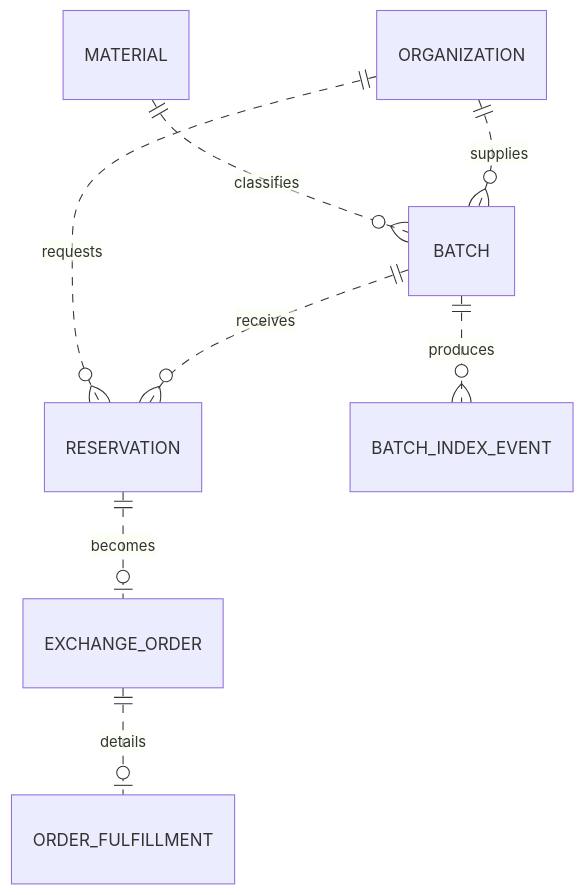
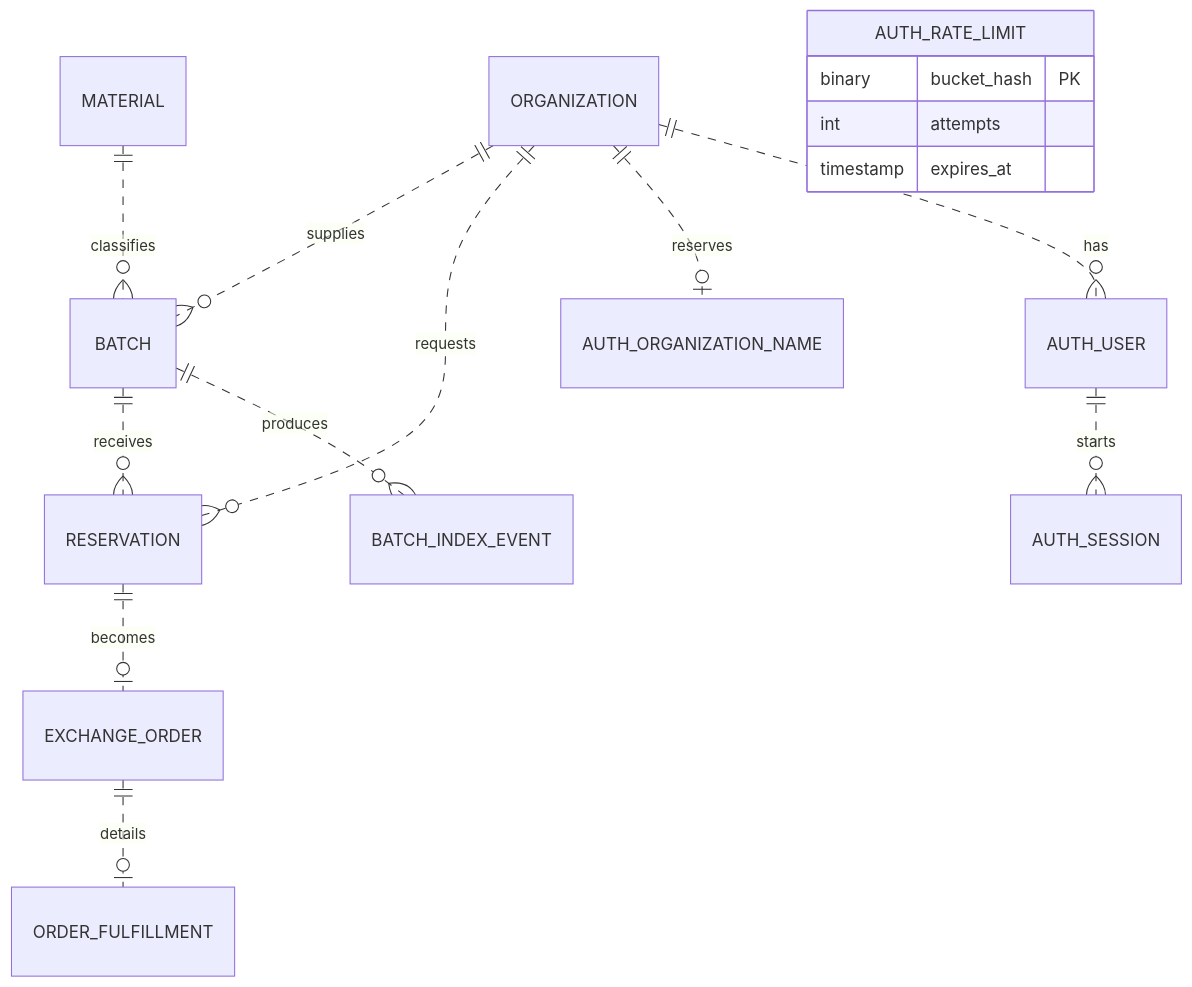
One commit to maddox095/DBMS-Project changed the diagram in docs/data-model-and-interfaces.md. Above: the diagram before and after it, drawn with Mermaid. The commit also changed other lines of this file and 59 other files, not shown here.

````diff
--- a/docs/data-model-and-interfaces.md
+++ b/docs/data-model-and-interfaces.md
@@ -9,10 +9,18 @@
 ```mermaid
 erDiagram
     ORGANIZATION ||..o{ BATCH : supplies
     MATERIAL ||..o{ BATCH : classifies
     BATCH ||..o{ RESERVATION : receives
     ORGANIZATION ||..o{ RESERVATION : requests
     RESERVATION ||..o| EXCHANGE_ORDER : becomes
     EXCHANGE_ORDER ||..o| ORDER_FULFILLMENT : details
     BATCH ||..o{ BATCH_INDEX_EVENT : produces
+    ORGANIZATION ||..o| AUTH_ORGANIZATION_NAME : reserves
+    ORGANIZATION ||..o{ AUTH_USER : has
+    AUTH_USER ||..o{ AUTH_SESSION : starts
+    AUTH_RATE_LIMIT {
+      binary bucket_hash PK
+      int attempts
+      timestamp expires_at
+    }
 ```
````
